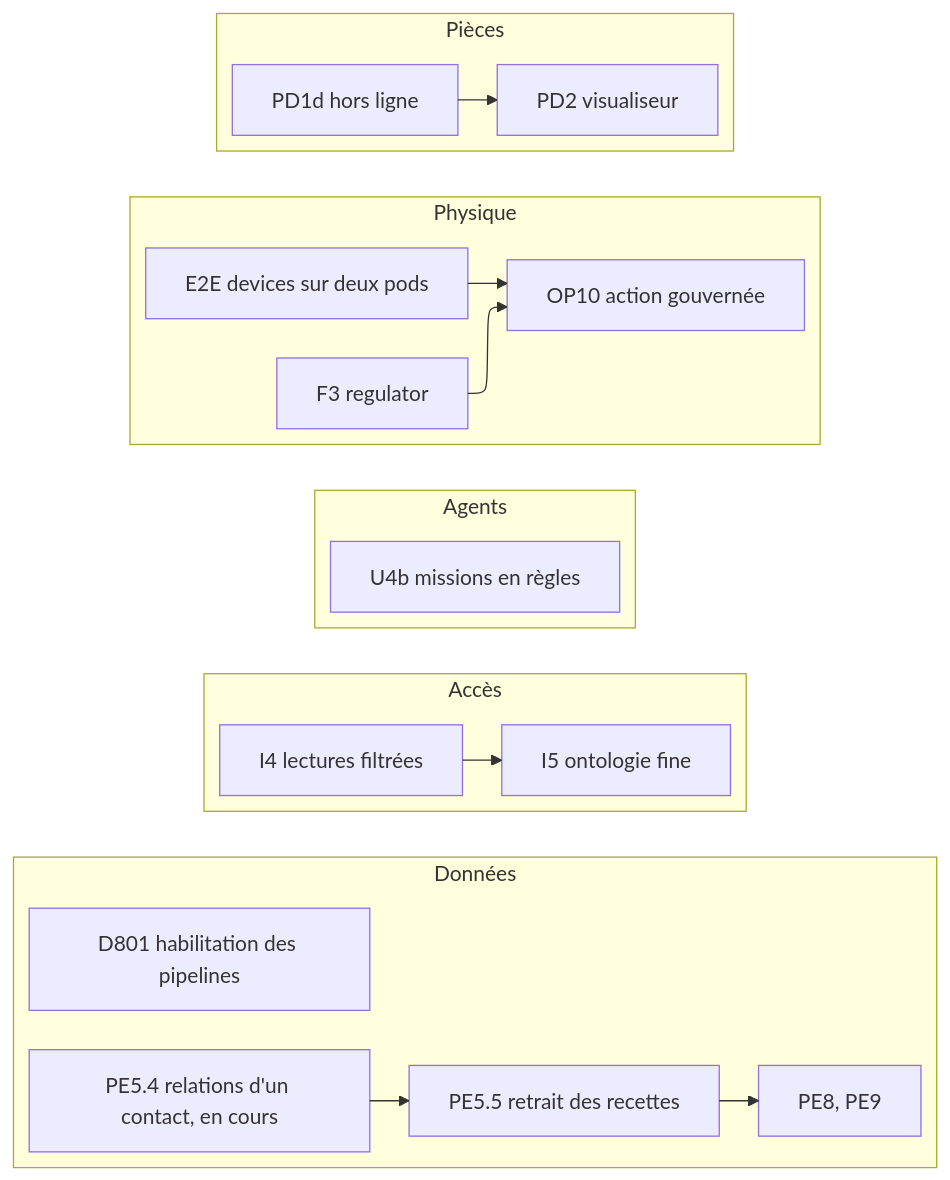
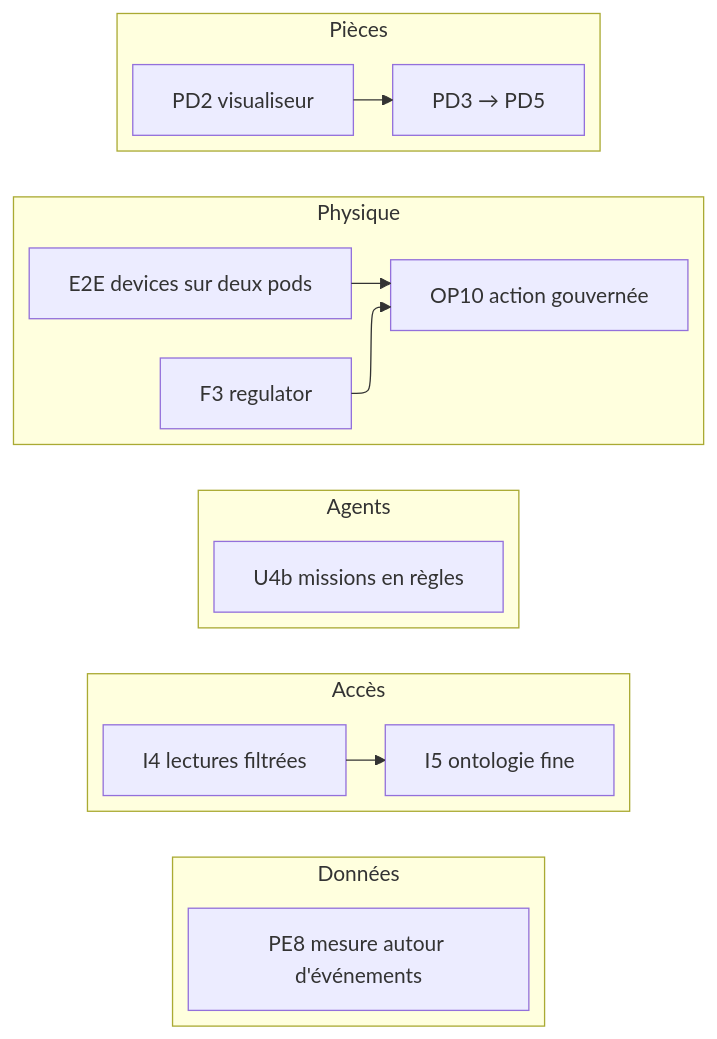
The second of 3 diagrams in docs/architecture/roadmap.md (Pnex/pnex-rs), drawn with Mermaid before and after one commit. The commit also changed other lines of this file and 1 other file, not shown here.

Commit message:
docs(roadmap): state after PE5.5, D801, AN4 and PD1d

````diff
--- a/docs/architecture/roadmap.md
+++ b/docs/architecture/roadmap.md
@@ -59,25 +59,23 @@
 ```mermaid
 ---
 config:
   layout: elk
 ---
 flowchart LR
     subgraph data[Données]
-        pe54[PE5.4 relations d'un contact, en cours] --> pe55[PE5.5 retrait des recettes]
-        pe55 --> pe79[PE8, PE9]
-        d801[D801 habilitation des pipelines]
+        pe8[PE8 mesure autour d'événements]
     end
     subgraph acc[Accès]
         i4[I4 lectures filtrées] --> i5[I5 ontologie fine]
     end
     subgraph ag[Agents]
         u4b[U4b missions en règles]
     end
     subgraph phys[Physique]
         f3[F3 regulator] --> op10[OP10 action gouvernée]
         e2e[E2E devices sur deux pods] --> op10
     end
     subgraph gmao[Pièces]
-        pd1d[PD1d hors ligne] --> pd2[PD2 visualiseur]
+        pd2[PD2 visualiseur] --> pd3[PD3 → PD5]
     end
 ```
````
